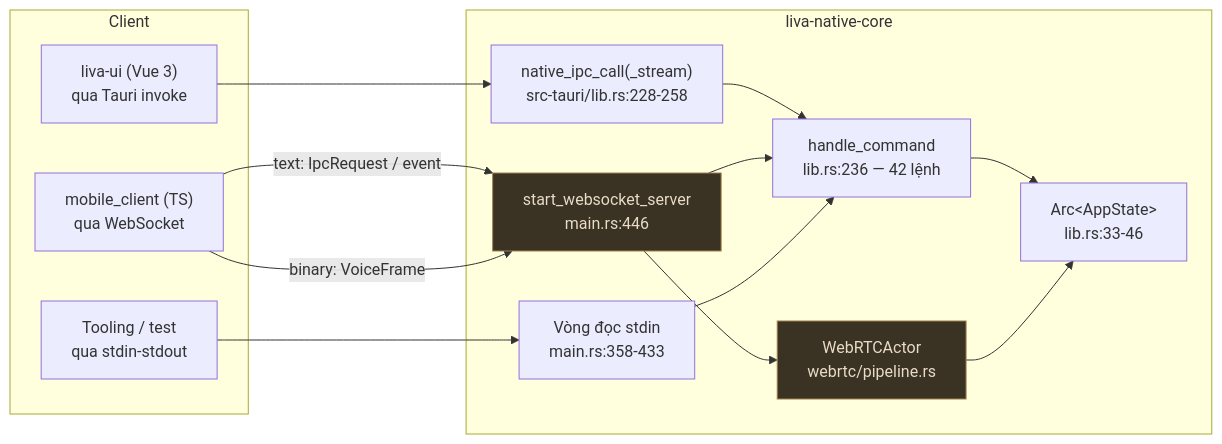
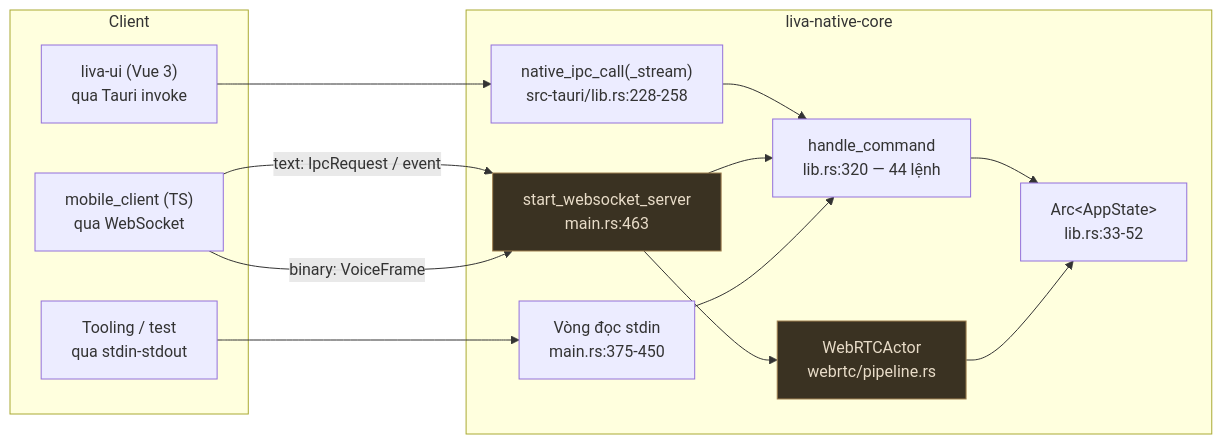
One commit to DuongNAD/LIVA changed the first of 5 diagrams in docs/01-ban-ve/02-giao-thuc-ipc-va-websocket.md. Above: the diagram before and after it, drawn with Mermaid. The commit also changed other lines of this file and 11 other files, not shown here.

````diff
--- a/docs/01-ban-ve/02-giao-thuc-ipc-va-websocket.md
+++ b/docs/01-ban-ve/02-giao-thuc-ipc-va-websocket.md
@@ -73,28 +73,28 @@
 ```mermaid
 flowchart LR
     subgraph CLIENTS["Client"]
         UI["liva-ui (Vue 3)<br/>qua Tauri invoke"]
         MOB["mobile_client (TS)<br/>qua WebSocket"]
         CLI["Tooling / test<br/>qua stdin-stdout"]
     end
 
     subgraph CORE["liva-native-core"]
-        WS["start_websocket_server<br/>main.rs:446"]
-        STDIO["Vòng đọc stdin<br/>main.rs:358-433"]
+        WS["start_websocket_server<br/>main.rs:463"]
+        STDIO["Vòng đọc stdin<br/>main.rs:375-450"]
         TAURI["native_ipc_call(_stream)<br/>src-tauri/lib.rs:228-258"]
-        HC["handle_command<br/>lib.rs:236 — 42 lệnh"]
+        HC["handle_command<br/>lib.rs:320 — 44 lệnh"]
         ACT["WebRTCActor<br/>webrtc/pipeline.rs"]
-        ST["Arc&lt;AppState&gt;<br/>lib.rs:33-46"]
+        ST["Arc&lt;AppState&gt;<br/>lib.rs:33-52"]
     end
 
     UI --> TAURI --> HC
     MOB -->|"text: IpcRequest / event"| WS --> HC
     MOB -->|"binary: VoiceFrame"| WS --> ACT
     CLI --> STDIO --> HC
 
     HC --> ST
     ACT --> ST
 
     classDef partial fill:#3a3222,stroke:#a08050,color:#e8dcc8
     class WS,ACT partial
 ```
````
